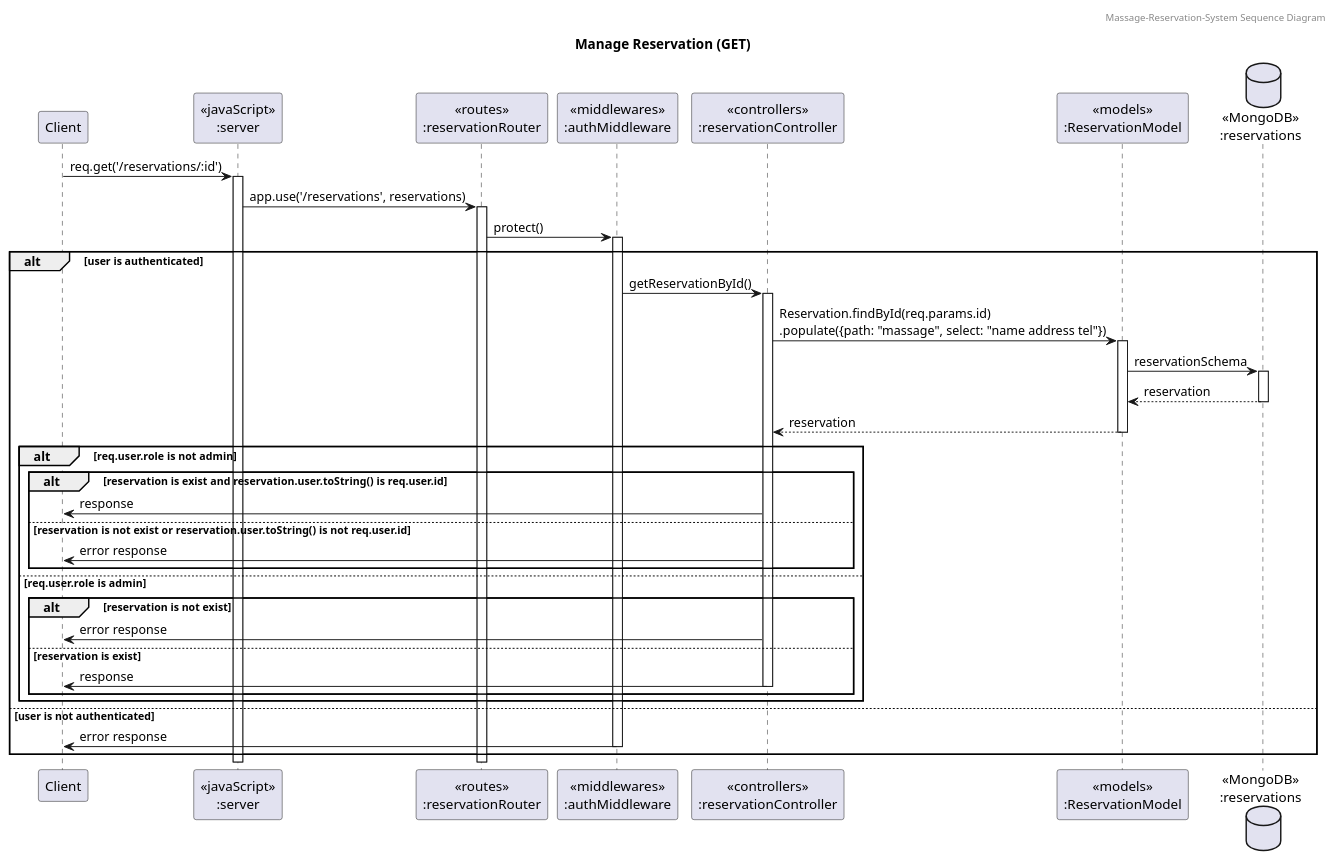
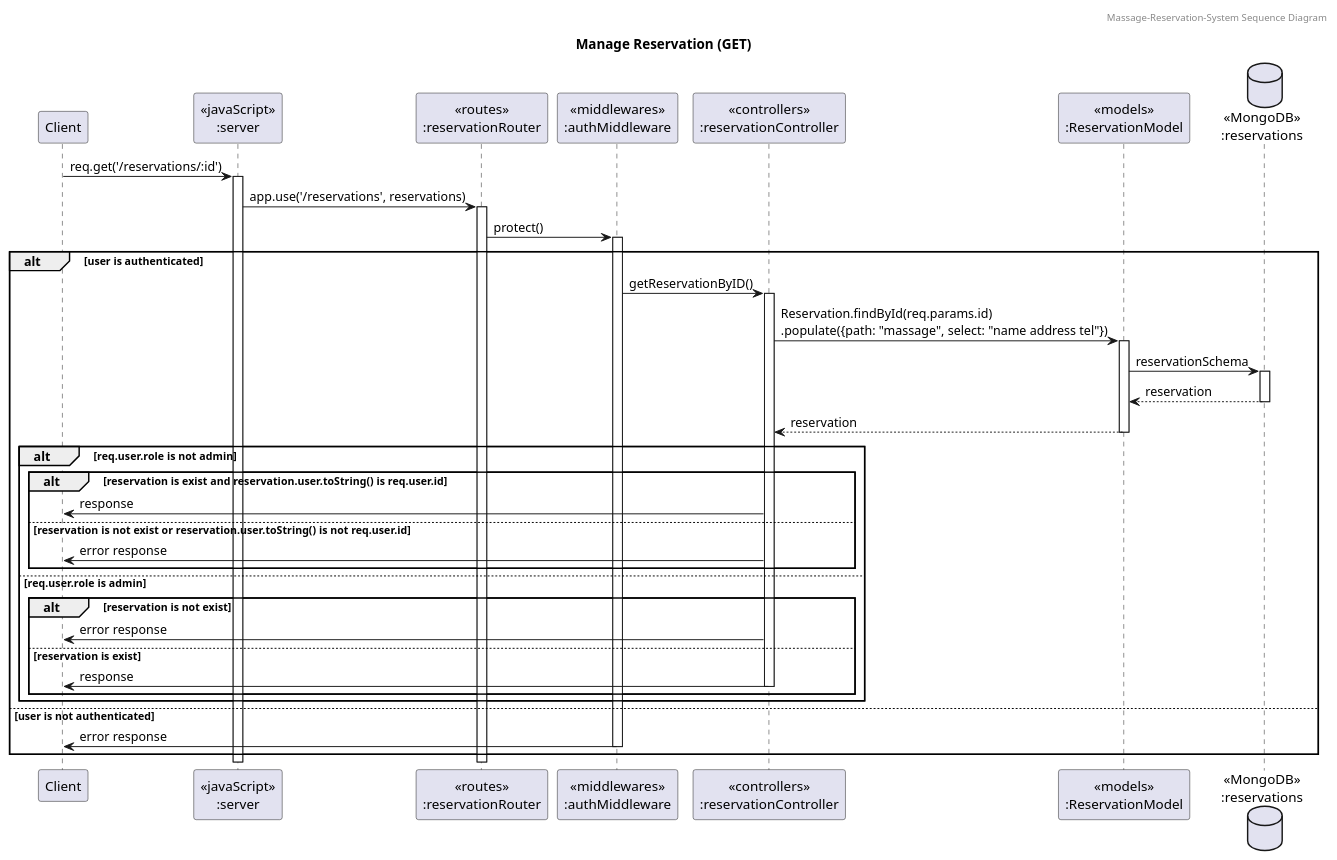
The diagram in puml/Sequence Diagram/Reservation/getReservationByID.puml (2110503TACEDT66/presentation-day-1-bankyvineyardohoyo-and-friend), drawn with PlantUML before and after one commit. The commit also changed 1 other file, not shown here.

Commit message:
Update getByID

```diff
--- a/puml/Sequence Diagram/Reservation/getReservationByID.puml
+++ b/puml/Sequence Diagram/Reservation/getReservationByID.puml
@@ -1,40 +1,40 @@
 @startuml Manage Reservation (GET)
 
 header Massage-Reservation-System Sequence Diagram
 title "Manage Reservation (GET)"
 
 participant "Client" as client
 participant "<<javaScript>>\n:server" as server
 participant "<<routes>>\n:reservationRouter" as reservationRouter
 participant "<<middlewares>>\n:authMiddleware" as authMiddleware
 participant "<<controllers>>\n:reservationController" as reservationController
 participant "<<models>>\n:ReservationModel" as reservationModel
 database "<<MongoDB>>\n:reservations" as reservationDatabase
 
 client -> server ++: req.get('/reservations/:id')
 server -> reservationRouter ++: app.use('/reservations', reservations)
 reservationRouter -> authMiddleware ++: protect()
 alt user is authenticated
-    authMiddleware -> reservationController ++: getReservationById()
+    authMiddleware -> reservationController ++: getReservationByID()
     reservationController -> reservationModel ++: Reservation.findById(req.params.id)\n.populate({path: "massage", select: "name address tel"})
     reservationModel -> reservationDatabase ++: reservationSchema
     reservationDatabase --> reservationModel --: reservation
     reservationController <-- reservationModel --: reservation
     alt req.user.role is not admin
         alt reservation is exist and reservation.user.toString() is req.user.id
             reservationController -> client : response
         else reservation is not exist or reservation.user.toString() is not req.user.id
             reservationController -> client : error response
         end
     else req.user.role is admin
         alt reservation is not exist
             reservationController -> client : error response
         else reservation is exist
             reservationController -> client --: response
         end
     end
 else user is not authenticated
     authMiddleware -> client --: error response
 end
 
 @enduml
```
